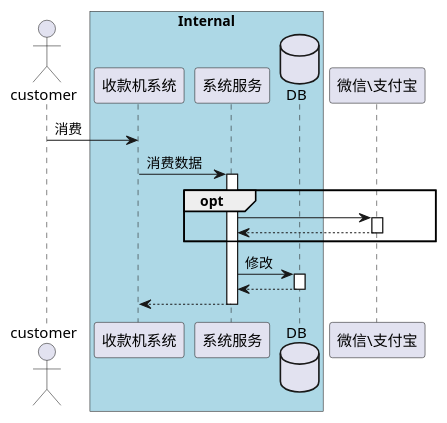
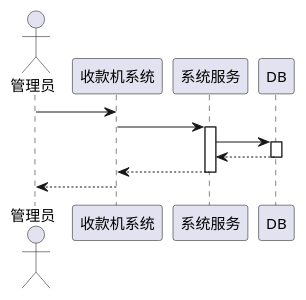
Before and after one commit to guxiaogang/arch-training-camp: the diagram in home_work/week1/deploy_receive_seq.puml, drawn with PlantUML. The commit also changed 2 other files, not shown here.

```diff
--- a/home_work/week1/deploy_receive_seq.puml
+++ b/home_work/week1/deploy_receive_seq.puml
@@ -1,28 +1,19 @@
 @startuml
-    actor customer
-    box "Internal" #LightBlue
+    actor "管理员" as customer
     participant 收款机系统 as receive_sys
     participant 系统服务 as service
-    database DB
-    end box
-    participant "微信\支付宝" as pay
 
-    customer -> receive_sys: 消费
-    receive_sys->service: 消费数据
+    customer -> receive_sys
+    receive_sys->service
     activate service
 
-    opt
-    service -> pay
-    activate pay
-    pay --> service
-    deactivate pay
-    end
-
-    service -> DB :修改
+    service -> DB
     activate DB
     DB --> service
     deactivate DB
     service --> receive_sys
     deactivate service
 
+    receive_sys-->customer
+
 @enduml
```
